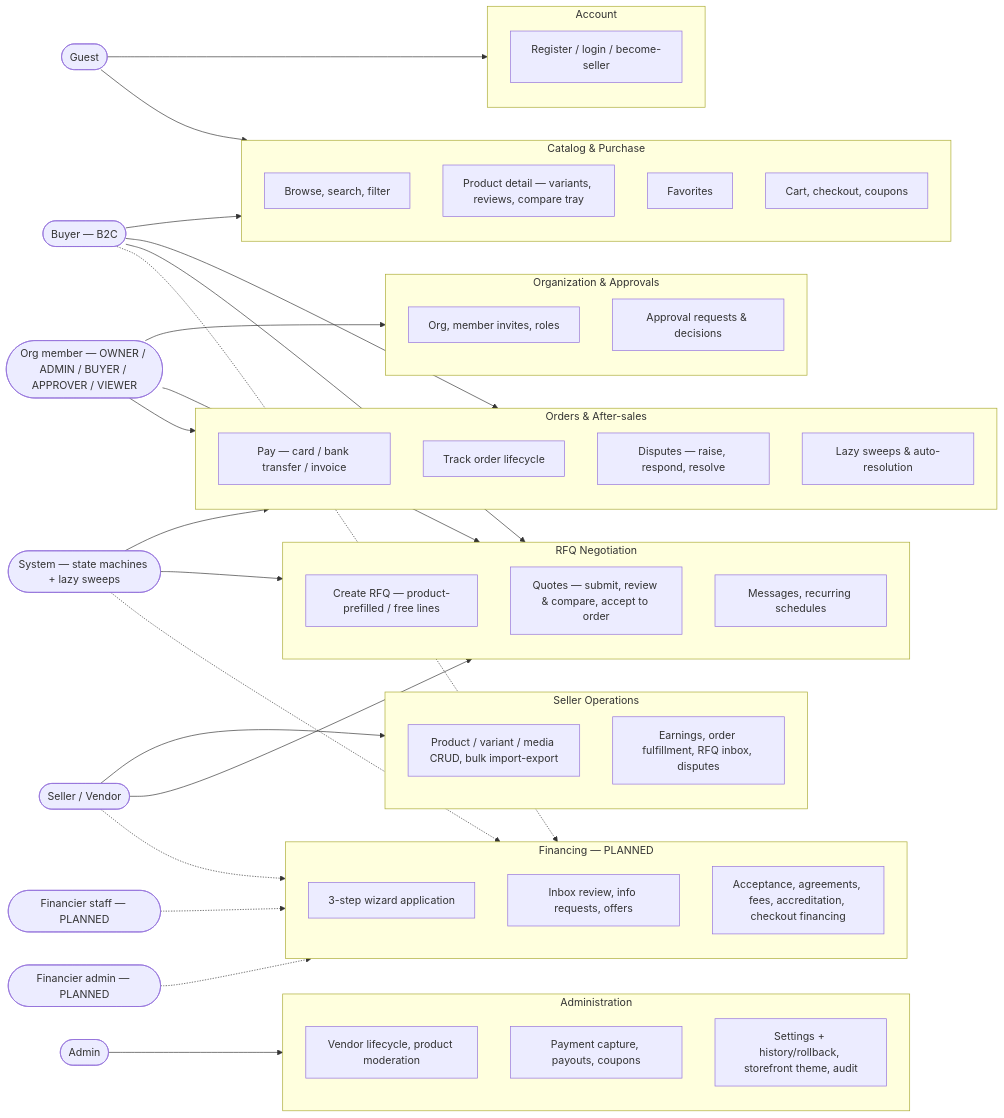
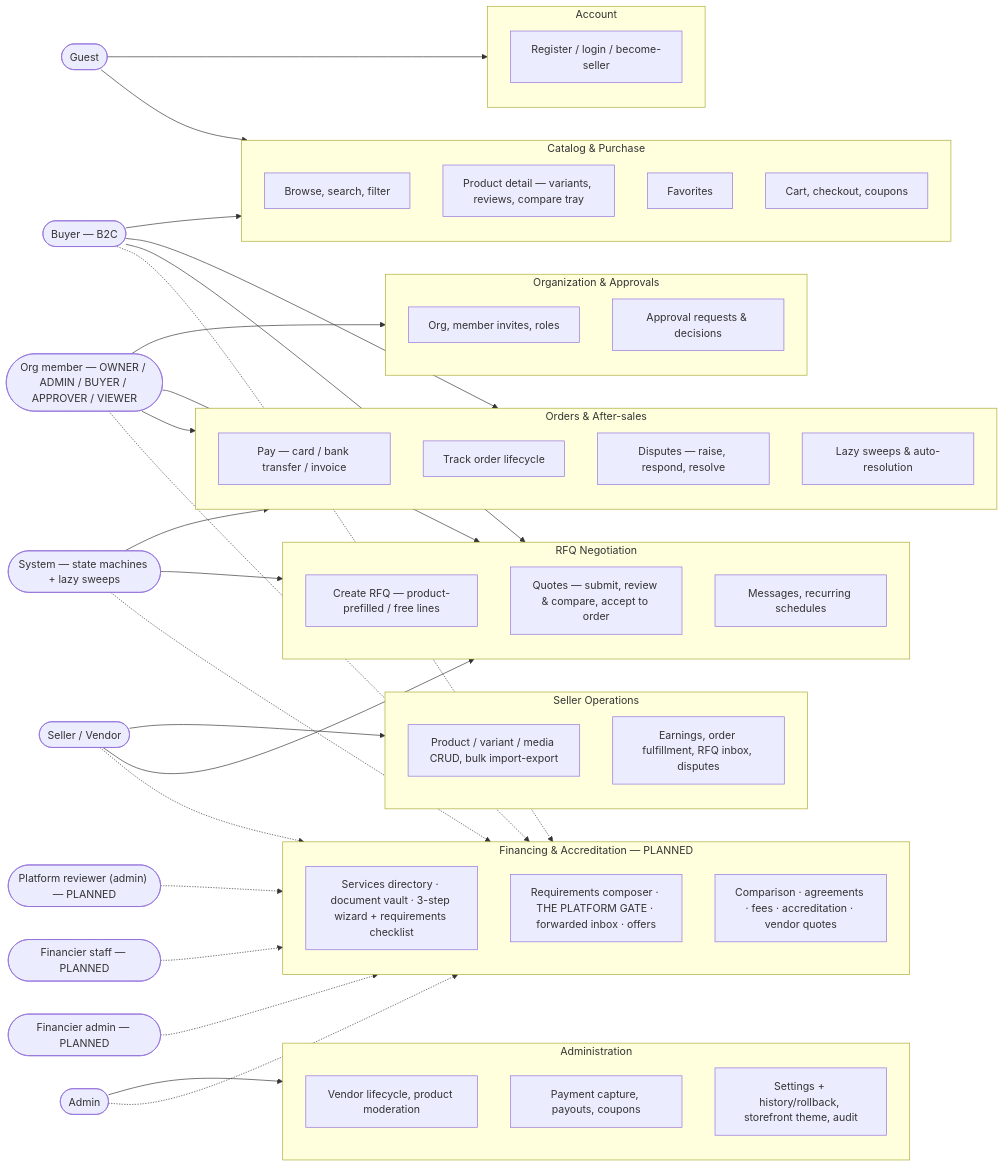
The diagram in team/docs/02-use-cases-user-stories.md (shca2626/marketplace-mysql), drawn with Mermaid before and after one commit. The commit also changed other lines of this file and 17 other files, not shown here.

````diff
--- a/team/docs/02-use-cases-user-stories.md
+++ b/team/docs/02-use-cases-user-stories.md
@@ -30,69 +31,73 @@
 ```mermaid
 flowchart LR
   Guest(["Guest"])
   Buyer(["Buyer — B2C"])
   OrgM(["Org member — OWNER / ADMIN / BUYER / APPROVER / VIEWER"])
   Seller(["Seller / Vendor"])
   Admin(["Admin"])
+  PlatRev(["Platform reviewer (admin) — PLANNED"])
   Sys(["System — state machines + lazy sweeps"])
   FinS(["Financier staff — PLANNED"])
   FinA(["Financier admin — PLANNED"])
 
   subgraph ACC ["Account"]
     A1["Register / login / become-seller"]
   end
   subgraph CAT ["Catalog & Purchase"]
     C1["Browse, search, filter"]
     C2["Product detail — variants, reviews, compare tray"]
     C3["Favorites"]
     C4["Cart, checkout, coupons"]
   end
   subgraph ORD ["Orders & After-sales"]
     O1["Pay — card / bank transfer / invoice"]
     O2["Track order lifecycle"]
     O3["Disputes — raise, respond, resolve"]
     O4["Lazy sweeps & auto-resolution"]
   end
   subgraph RFQ ["RFQ Negotiation"]
     R1["Create RFQ — product-prefilled / free lines"]
     R2["Quotes — submit, review & compare, accept to order"]
     R3["Messages, recurring schedules"]
   end
   subgraph ORG ["Organization & Approvals"]
     G1["Org, member invites, roles"]
     G2["Approval requests & decisions"]
   end
   subgraph SEL ["Seller Operations"]
     S1["Product / variant / media CRUD, bulk import-export"]
     S2["Earnings, order fulfillment, RFQ inbox, disputes"]
   end
   subgraph ADM ["Administration"]
     M1["Vendor lifecycle, product moderation"]
     M2["Payment capture, payouts, coupons"]
     M3["Settings + history/rollback, storefront theme, audit"]
   end
-  subgraph FIN ["Financing — PLANNED"]
-    F1["3-step wizard application"]
-    F2["Inbox review, info requests, offers"]
-    F3["Acceptance, agreements, fees, accreditation, checkout financing"]
+  subgraph FIN ["Financing & Accreditation — PLANNED"]
+    F1["Services directory · document vault · 3-step wizard + requirements checklist"]
+    F2["Requirements composer · THE PLATFORM GATE · forwarded inbox · offers"]
+    F3["Comparison · agreements · fees · accreditation · vendor quotes"]
   end
 
   Guest --> ACC
   Guest --> CAT
   Buyer --> CAT
   Buyer --> ORD
   Buyer --> RFQ
   OrgM --> ORG
   OrgM --> RFQ
   OrgM --> ORD
   Seller --> SEL
   Seller --> RFQ
   Admin --> ADM
   Sys --> ORD
   Sys --> RFQ
   Buyer -.-> FIN
   Seller -.-> FIN
+  OrgM -.-> FIN
+  Admin -.-> FIN
+  PlatRev -.-> FIN
   FinS -.-> FIN
   FinA -.-> FIN
   Sys -.-> FIN
 ```
````
